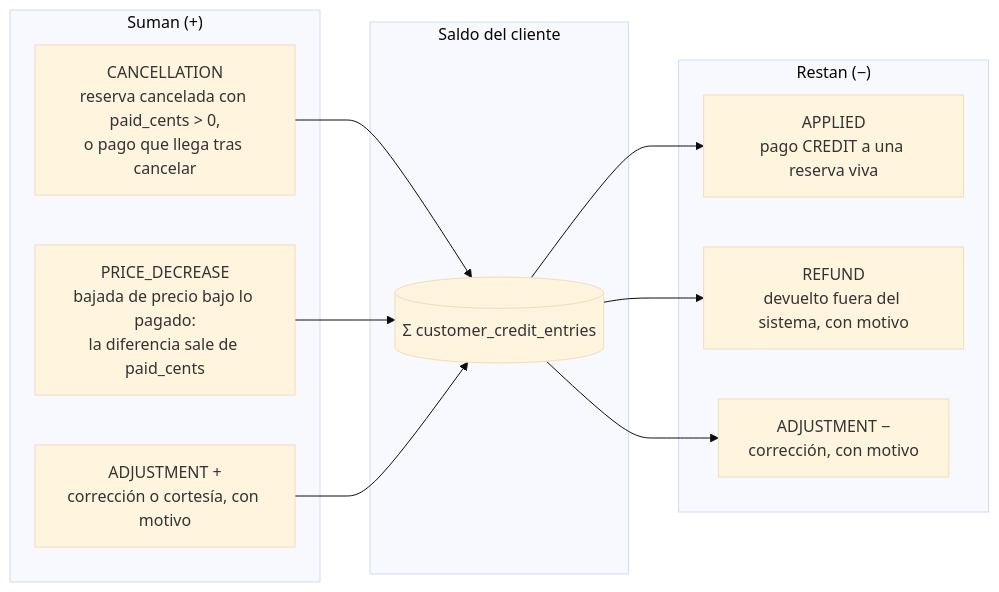
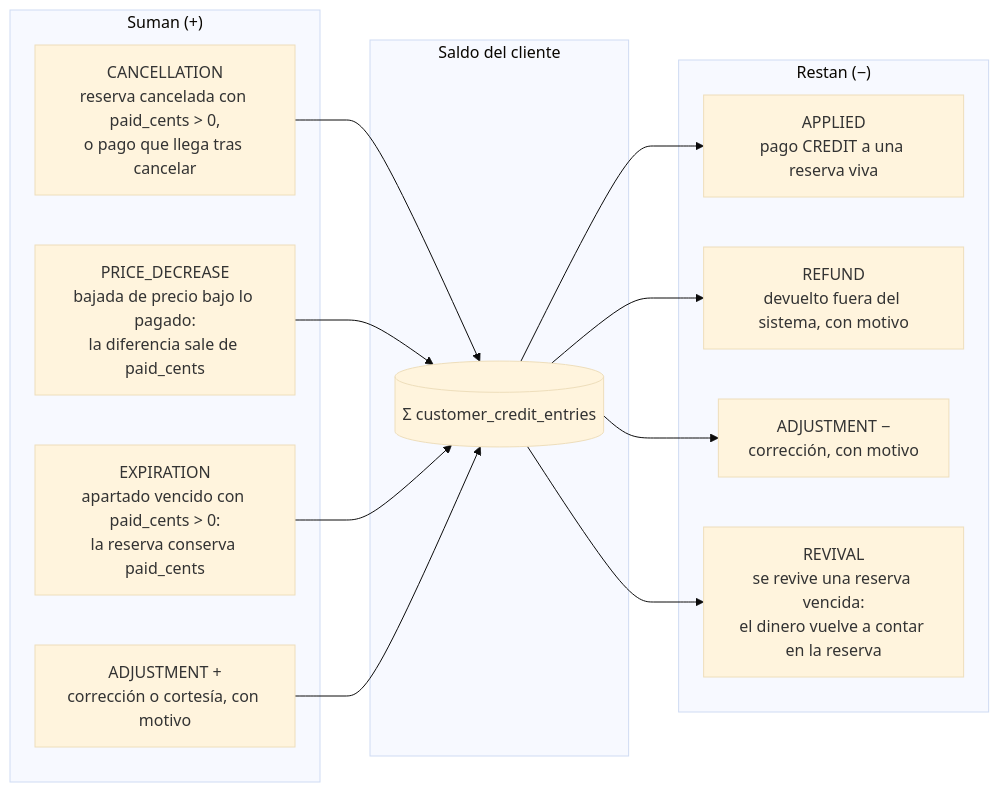
Before and after one commit to erickgs2/ruta_mochilera: the first of 5 diagrams in docs/diagrams/customer-credit.md, drawn with Mermaid (base theme). The commit also changed other lines of this file and 4 other files, not shown here.

````diff
--- a/docs/diagrams/customer-credit.md
+++ b/docs/diagrams/customer-credit.md
@@ -9,22 +9,26 @@
 ```mermaid
 flowchart LR
     subgraph Entradas["Suman (+)"]
         C["CANCELLATION<br/>reserva cancelada con paid_cents > 0,<br/>o pago que llega tras cancelar"]
         P["PRICE_DECREASE<br/>bajada de precio bajo lo pagado:<br/>la diferencia sale de paid_cents"]
+        E["EXPIRATION<br/>apartado vencido con paid_cents > 0:<br/>la reserva conserva paid_cents"]
         AP["ADJUSTMENT +<br/>corrección o cortesía, con motivo"]
     end
     subgraph Saldo["Saldo del cliente"]
         S[("Σ customer_credit_entries")]
     end
     subgraph Salidas["Restan (−)"]
         A["APPLIED<br/>pago CREDIT a una reserva viva"]
         R["REFUND<br/>devuelto fuera del sistema, con motivo"]
         AN["ADJUSTMENT −<br/>corrección, con motivo"]
+        RV["REVIVAL<br/>se revive una reserva vencida:<br/>el dinero vuelve a contar en la reserva"]
     end
     C --> S
     P --> S
+    E --> S
     AP --> S
     S --> A
     S --> R
     S --> AN
+    S --> RV
 ```
````
